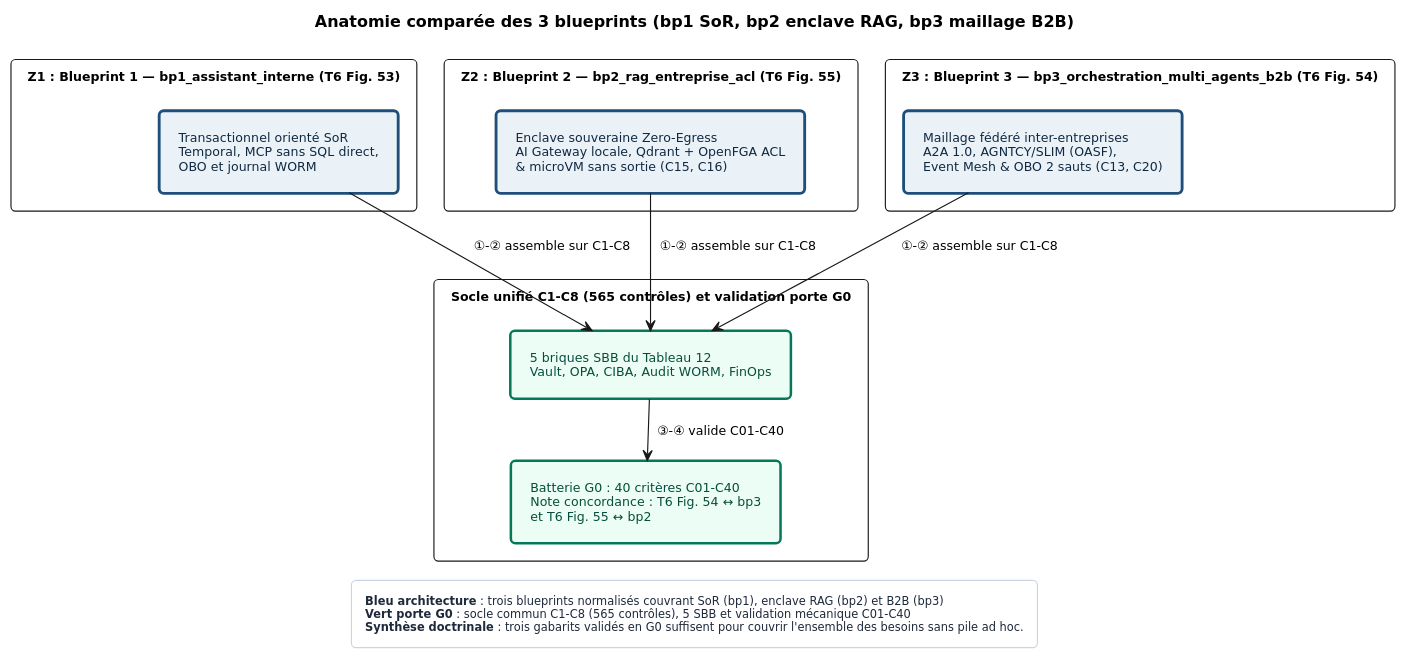
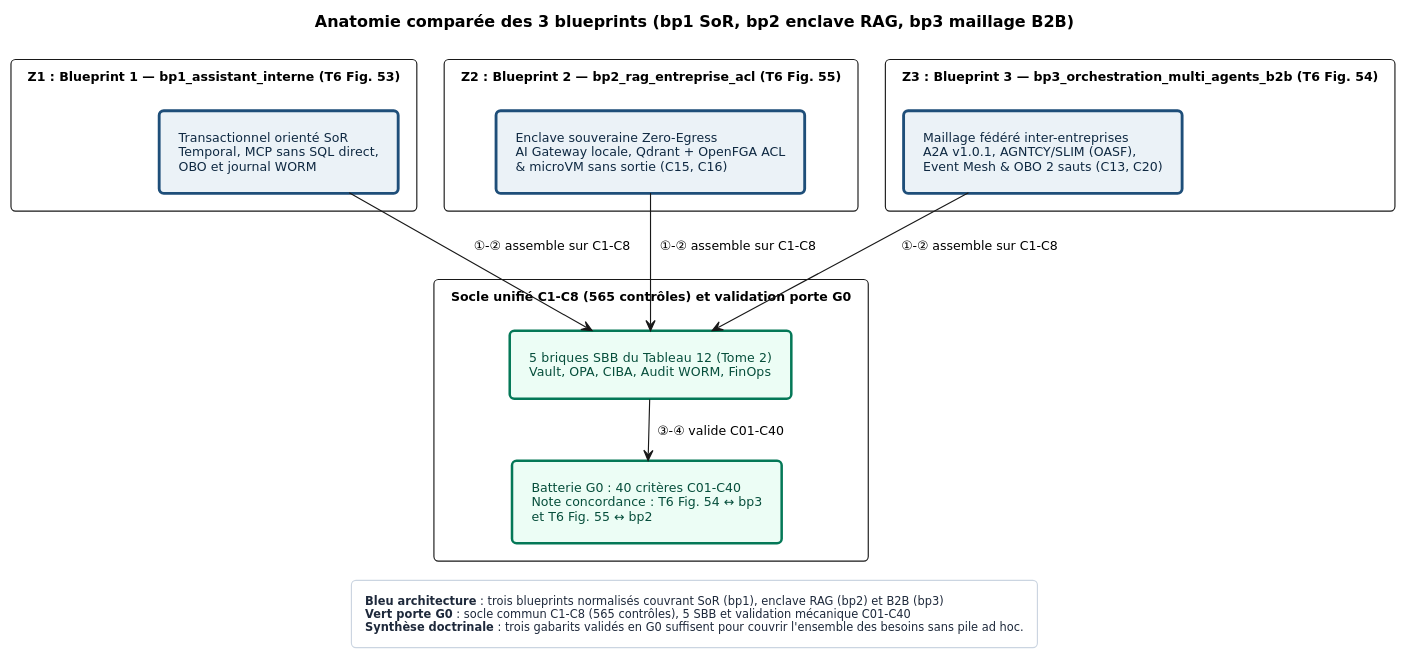
Before and after one commit to agbruneau/Agentique: the diagram in Sources/Compendium/ouvrage/schemas/SCH-29-01.puml, drawn with PlantUML. The commit also changed 121 other files, not shown here.

```diff
--- a/Sources/Compendium/ouvrage/schemas/SCH-29-01.puml
+++ b/Sources/Compendium/ouvrage/schemas/SCH-29-01.puml
@@ -1,84 +1,84 @@
 @startuml
 <style>
 document {
   BackgroundColor #FFFFFF
 }
 .det {
   BackgroundColor #EBF2F7
   LineColor #1E4E79
   LineThickness 2.5
   FontColor #0F2942
 }
 .prob {
   BackgroundColor #FFF5E0
   LineColor #B45309
   LineThickness 2.0
   LineStyle 5
   FontColor #451A03
 }
 .danger {
   BackgroundColor #FEF2F2
   LineColor #B91C1C
   LineThickness 2.0
   FontColor #7F1D1D
 }
 .ok {
   BackgroundColor #ECFDF5
   LineColor #047857
   LineThickness 2.2
   FontColor #064E3B
 }
 .ext {
   BackgroundColor #F3F4F6
   LineColor #4B5563
   LineThickness 1.5
   FontColor #111827
 }
 package {
   BackgroundColor #F8FAFC
   LineColor #64748B
   LineThickness 1.2
   FontColor #334155
 }
 legend {
   BackgroundColor #FFFFFF
   LineColor #CBD5E1
   FontColor #1E293B
   FontSize 10
 }
 </style>
 hide stereotype
 top to bottom direction
 skinparam defaultFontName "DejaVu Sans"
 skinparam defaultFontSize 11
 skinparam shadowing false
 skinparam roundcorner 8
 skinparam packageStyle rectangle
 skinparam nodesep 22
 skinparam ranksep 26
 skinparam padding 7
 
 title Anatomie comparée des 3 blueprints (bp1 SoR, bp2 enclave RAG, bp3 maillage B2B)
 package "Z1 : Blueprint 1 — bp1_assistant_interne (T6 Fig. 53)" {
   rectangle "Transactionnel orienté SoR\nTemporal, MCP sans SQL direct,\nOBO et journal WORM" as BP1 <<det>>
 }
 package "Z2 : Blueprint 2 — bp2_rag_entreprise_acl (T6 Fig. 55)" {
   rectangle "Enclave souveraine Zero-Egress\nAI Gateway locale, Qdrant + OpenFGA ACL\n& microVM sans sortie (C15, C16)" as BP2 <<det>>
 }
 package "Z3 : Blueprint 3 — bp3_orchestration_multi_agents_b2b (T6 Fig. 54)" {
-  rectangle "Maillage fédéré inter-entreprises\nA2A 1.0, AGNTCY/SLIM (OASF),\nEvent Mesh & OBO 2 sauts (C13, C20)" as BP3 <<det>>
+  rectangle "Maillage fédéré inter-entreprises\nA2A v1.0.1, AGNTCY/SLIM (OASF),\nEvent Mesh & OBO 2 sauts (C13, C20)" as BP3 <<det>>
 }
 package "Socle unifié C1–C8 (565 contrôles) et validation porte G0" {
-  rectangle "5 briques SBB du Tableau 12\nVault, OPA, CIBA, Audit WORM, FinOps" as SBB <<ok>>
+  rectangle "5 briques SBB du Tableau 12 (Tome 2)\nVault, OPA, CIBA, Audit WORM, FinOps" as SBB <<ok>>
   rectangle "Batterie G0 : 40 critères C01–C40\nNote concordance : T6 Fig. 54 ↔ bp3\net T6 Fig. 55 ↔ bp2" as G0 <<ok>>
 }
 BP1 --> SBB : ①–② assemble sur C1–C8
 BP2 --> SBB : ①–② assemble sur C1–C8
 BP3 --> SBB : ①–② assemble sur C1–C8
 SBB --> G0 : ③–④ valide C01–C40
 legend bottom
   **Bleu architecture** : trois blueprints normalisés couvrant SoR (bp1), enclave RAG (bp2) et B2B (bp3)
   **Vert porte G0** : socle commun C1–C8 (565 contrôles), 5 SBB et validation mécanique C01–C40
   **Synthèse doctrinale** : trois gabarits validés en G0 suffisent pour couvrir l'ensemble des besoins sans pile ad hoc.
 end legend
 @enduml
```
